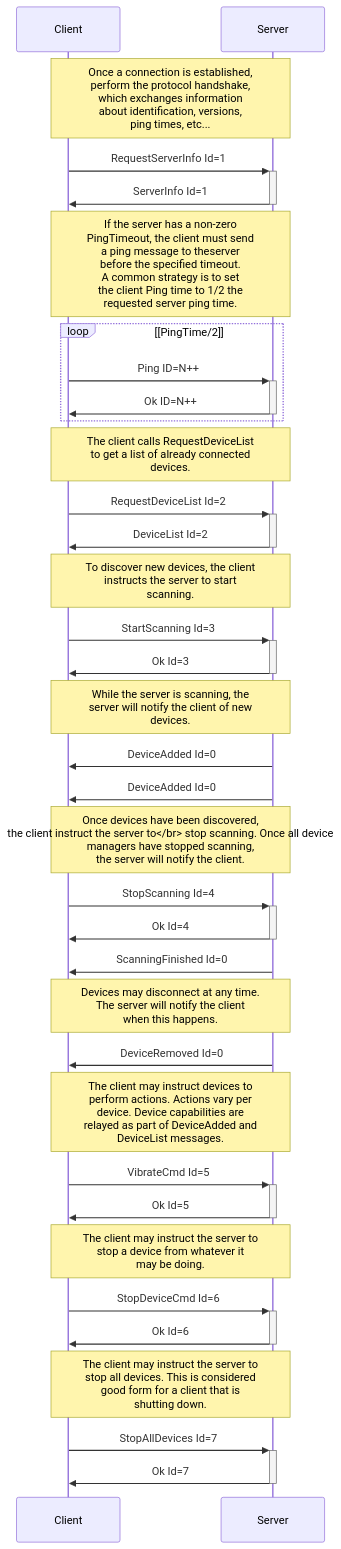
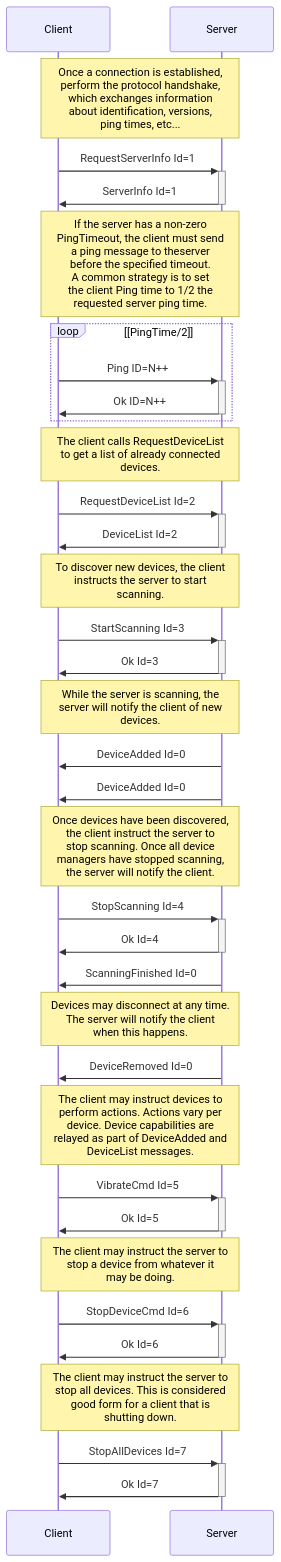
Before and after one commit to buttplugio/docs.buttplug.io: the diagram in docs/spec/architecture.md, drawn with Mermaid. The commit also changed other lines of this file, not shown here.

Commit message:
Update architecture page to describe system components

````diff
--- a/docs/spec/architecture.md
+++ b/docs/spec/architecture.md
@@ -46,47 +93,47 @@
 ```mermaid
 sequenceDiagram
   Participant Client
   Participant Server
 
   Note over Client,Server: Once a connection is established,<br/> perform the protocol handshake,<br/>which exchanges information<br/>about identification, versions,<br/>ping times, etc...
   Client->>+Server: RequestServerInfo Id=1
   Server->>-Client: ServerInfo Id=1
 
   Note over Client,Server: If the server has a non-zero<br/>PingTimeout, the client must send<br/>a ping message to theserver<br/>before the specified timeout.<br/>A common strategy is to set<br/>the client Ping time to 1/2 the<br/>requested server ping time.
   loop [PingTime/2]
     Client->>+Server: Ping ID=N++
     Server->>-Client: Ok ID=N++
   end
 
   Note over Client,Server: The client calls RequestDeviceList<br/>to get a list of already connected<br/>devices.
   Client->>+Server: RequestDeviceList Id=2
   Server->>-Client: DeviceList Id=2
   
   Note over Client,Server: To discover new devices, the client<br/>instructs the server to start<br/>scanning.
   Client->>+Server: StartScanning Id=3
   Server->>-Client: Ok Id=3
   
   Note over Client,Server: While the server is scanning, the<br/>server will notify the client of new<br/>devices.
   Server->>Client: DeviceAdded Id=0
   Server->>Client: DeviceAdded Id=0
   
-  Note over Client,Server: Once devices have been discovered,<br/> the client instruct the server to</br> stop scanning. Once all device<br/>managers have stopped scanning,<br/>the server will notify the client.
+  Note over Client,Server: Once devices have been discovered,<br/> the client instruct the server to<br/> stop scanning. Once all device<br/>managers have stopped scanning,<br/>the server will notify the client.
   Client->>+Server: StopScanning Id=4
   Server->>-Client: Ok Id=4
   Server->>Client: ScanningFinished Id=0
   
   Note over Client,Server: Devices may disconnect at any time.<br/>The server will notify the client<br/>when this happens.
   Server->>Client: DeviceRemoved Id=0
   
   Note over Client,Server: The client may instruct devices to<br/>perform actions. Actions vary per<br/>device. Device capabilities are<br/>relayed as part of DeviceAdded and<br/>DeviceList messages.
   Client->>+Server: VibrateCmd Id=5
   Server->>-Client: Ok Id=5
   
   Note over Client,Server: The client may instruct the server to<br/>stop a device from whatever it<br/>may be doing.
   Client->>+Server: StopDeviceCmd Id=6
   Server->>-Client: Ok Id=6
   
   Note over Client,Server: The client may instruct the server to<br/>stop all devices. This is considered<br/> good form for a client that is<br/>shutting down.
   Client->>+Server: StopAllDevices Id=7
   Server->>-Client: Ok Id=7
 ```
````
